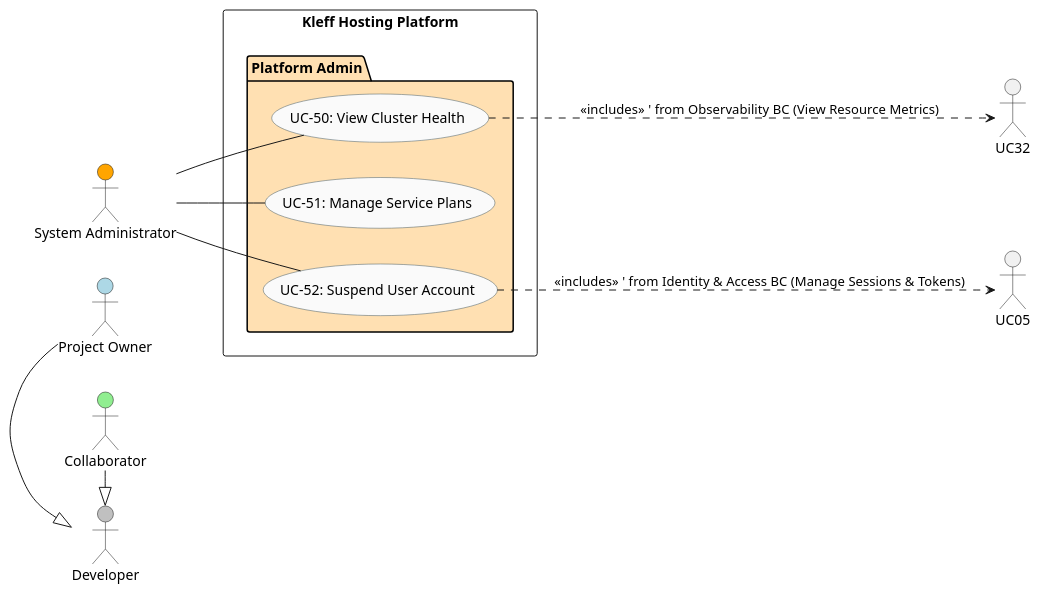
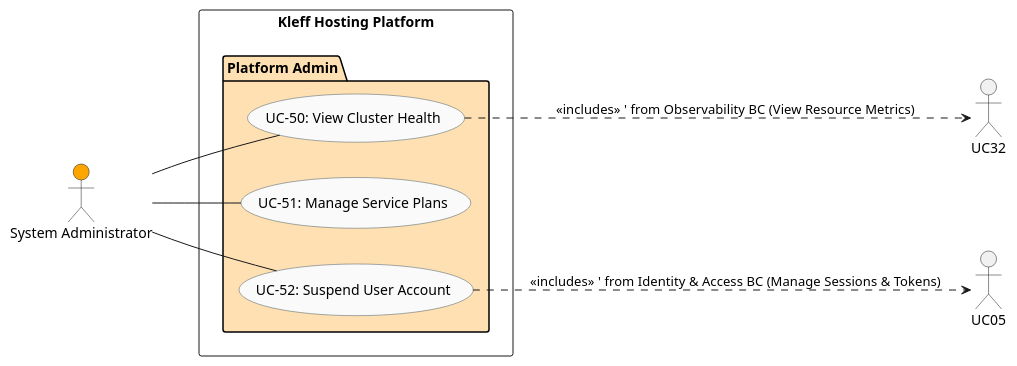
The diagram in docs/Platform/PlatformAdminUseCase.puml (kleffio/.github), drawn with PlantUML before and after one commit. The commit also changed 9 other files, not shown here.

Commit message:
Updated diagrams to include new workspace bounded context

```diff
--- a/docs/Platform/PlatformAdminUseCase.puml
+++ b/docs/Platform/PlatformAdminUseCase.puml
@@ -1,37 +1,31 @@
 @startuml Kleff Hosting - Platform Admin Use Cases
 left to right direction
 skinparam shadowing false
 skinparam usecase {
   BackgroundColor #FAFAFA
   BorderColor #455A64
   RoundCorner 14
 }
 
 ' ==== Actors ====
-actor "Developer" as AuthUser #silver
-actor "Project Owner" as Owner #lightblue
-actor "Collaborator" as Collab #lightgreen
 actor "System Administrator" as Admin #orange
-
-Owner -|> AuthUser
-Collab -|> AuthUser
 
 rectangle "Kleff Hosting Platform" {
 
   package "Platform Admin" #FFE0B2 {
     usecase "UC-50: View Cluster Health" as UC50
     usecase "UC-51: Manage Service Plans" as UC51
     usecase "UC-52: Suspend User Account" as UC52
   }
 }
 
 ' ==== Actor Relationships ====
 Admin -- UC50
 Admin -- UC51
 Admin -- UC52
 
 ' ==== Cross-Context INCLUDES (commented, from original) ====
 UC50 ..> UC32 : <<includes>>  ' from Observability BC (View Resource Metrics)
 UC52 ..> UC05 : <<includes>>  ' from Identity & Access BC (Manage Sessions & Tokens)
 
 @enduml
```
